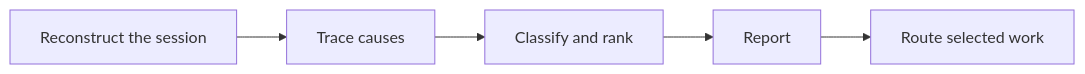
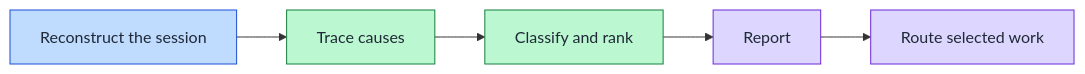
The diagram in docs/diagrams/pages/retro.md (victusfate/scaffold), drawn with Mermaid before and after one commit. The commit also changed other lines of this file and 20 other files, not shown here.

First line of the commit message:
docs(diagram-explorer-md): lane colors from the diagram palette; short LLM block

````diff
--- a/docs/diagrams/pages/retro.md
+++ b/docs/diagrams/pages/retro.md
@@ -7,7 +7,13 @@
 ```mermaid
 flowchart LR
   n_reconstruct["Reconstruct the session"] --> n_trace["Trace causes"]
   n_trace["Trace causes"] --> n_classify["Classify and rank"]
   n_classify["Classify and rank"] --> n_report["Report"]
   n_report["Report"] --> n_route["Route selected work"]
+  classDef lane0 fill:#bfdbfe,stroke:#1d4ed8,color:#1f2937
+  classDef lane1 fill:#bbf7d0,stroke:#15803d,color:#1f2937
+  classDef lane2 fill:#ddd6fe,stroke:#6d28d9,color:#1f2937
+  class n_reconstruct lane0
+  class n_trace,n_classify lane1
+  class n_report,n_route lane2
 ```
````
